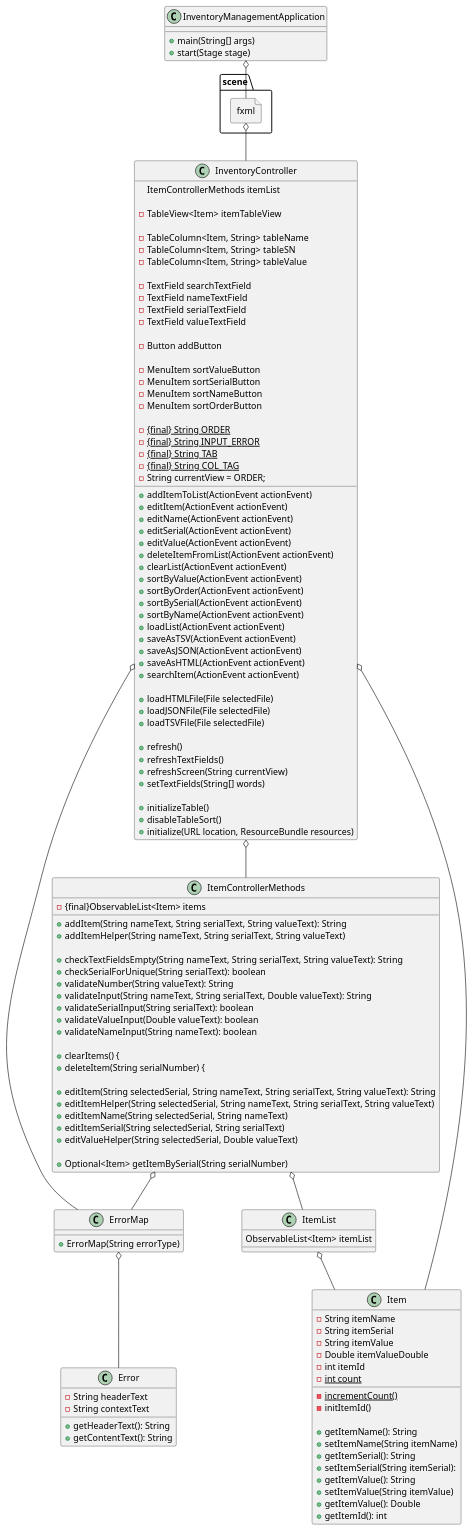
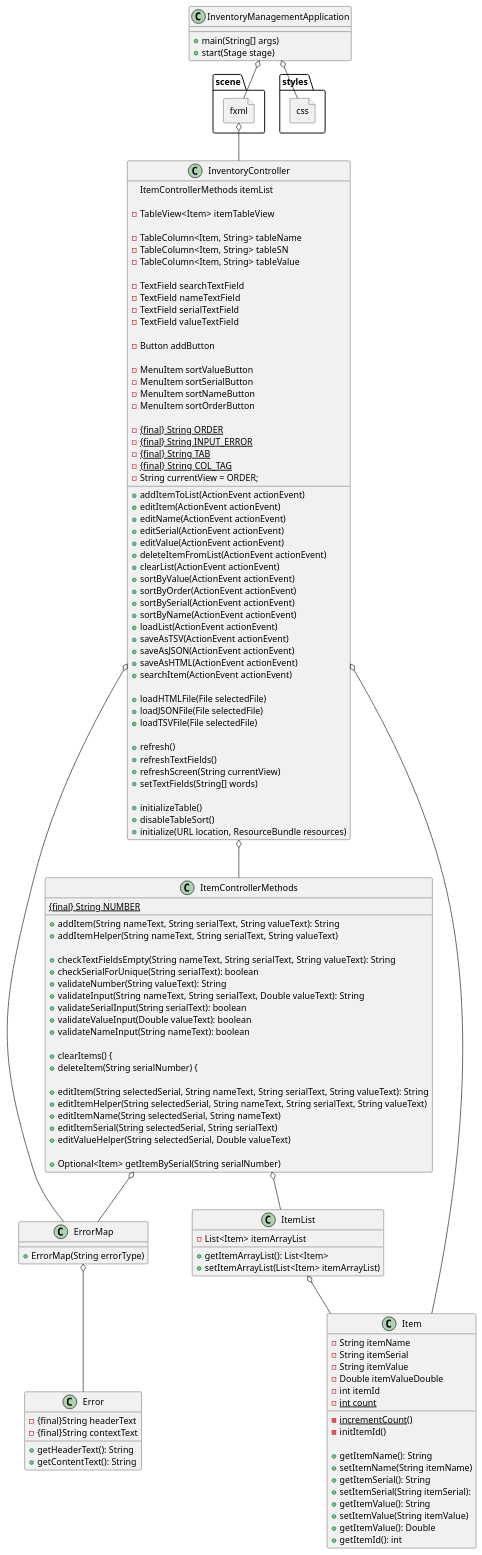
The diagram in InventoryManager/docs/main.puml (nader-fares/fares-app2), drawn with PlantUML before and after one commit. The commit also changed 10 other files, not shown here.

```diff
--- a/InventoryManager/docs/main.puml
+++ b/InventoryManager/docs/main.puml
@@ -1,141 +1,156 @@
 @startuml
 'https://plantuml.com/sequence-diagram
 
 class InventoryManagementApplication {
 +main(String[] args)
 +start(Stage stage)
 }
+
 class Error {
--String headerText
--String contextText
+-{final}String headerText
+-{final}String contextText
 +getHeaderText(): String
 +getContentText(): String
 }
 
 class ErrorMap {
 +ErrorMap(String errorType)
 }
 
 class InventoryController {
 ItemControllerMethods itemList
 
 -TableView<Item> itemTableView
 
 -TableColumn<Item, String> tableName
 -TableColumn<Item, String> tableSN
 -TableColumn<Item, String> tableValue
 
 -TextField searchTextField
 -TextField nameTextField
 -TextField serialTextField
 -TextField valueTextField
 
 -Button addButton
 
 -MenuItem sortValueButton
 -MenuItem sortSerialButton
 -MenuItem sortNameButton
 -MenuItem sortOrderButton
 
 -{static} {final} String ORDER
 -{static} {final} String INPUT_ERROR
 -{static} {final} String TAB
 -{static} {final} String COL_TAG
 -String currentView = ORDER;
 
 +addItemToList(ActionEvent actionEvent)
 +editItem(ActionEvent actionEvent)
 +editName(ActionEvent actionEvent)
 +editSerial(ActionEvent actionEvent)
 +editValue(ActionEvent actionEvent)
 +deleteItemFromList(ActionEvent actionEvent)
 +clearList(ActionEvent actionEvent)
 +sortByValue(ActionEvent actionEvent)
 +sortByOrder(ActionEvent actionEvent)
 +sortBySerial(ActionEvent actionEvent)
 +sortByName(ActionEvent actionEvent)
 +loadList(ActionEvent actionEvent)
 +saveAsTSV(ActionEvent actionEvent)
 +saveAsJSON(ActionEvent actionEvent)
 +saveAsHTML(ActionEvent actionEvent)
 +searchItem(ActionEvent actionEvent)
 
 +loadHTMLFile(File selectedFile)
 +loadJSONFile(File selectedFile)
 +loadTSVFile(File selectedFile)
 
 +refresh()
 +refreshTextFields()
 +refreshScreen(String currentView)
 +setTextFields(String[] words)
 
 +initializeTable()
 +disableTableSort()
 +initialize(URL location, ResourceBundle resources)
 
 
 }
 
 class Item {
 -String itemName
 -String itemSerial
 -String itemValue
 -Double itemValueDouble
 -int itemId
 -{static} int count
 
 -{static}incrementCount()
 -initItemId()
 
 +getItemName(): String
 +setItemName(String itemName)
 +getItemSerial(): String
 +setItemSerial(String itemSerial):
 +getItemValue(): String
 +setItemValue(String itemValue)
 +getItemValue(): Double
 +getItemId(): int
 
 }
 class ItemControllerMethods {
--{final}ObservableList<Item> items
+{static}{final} String NUMBER
+
 +addItem(String nameText, String serialText, String valueText): String
 +addItemHelper(String nameText, String serialText, String valueText)
 
 +checkTextFieldsEmpty(String nameText, String serialText, String valueText): String
 +checkSerialForUnique(String serialText): boolean
 +validateNumber(String valueText): String
 +validateInput(String nameText, String serialText, Double valueText): String
 +validateSerialInput(String serialText): boolean
 +validateValueInput(Double valueText): boolean
 +validateNameInput(String nameText): boolean
 
 +clearItems() {
 +deleteItem(String serialNumber) {
 
 +editItem(String selectedSerial, String nameText, String serialText, String valueText): String
 +editItemHelper(String selectedSerial, String nameText, String serialText, String valueText)
 +editItemName(String selectedSerial, String nameText)
 +editItemSerial(String selectedSerial, String serialText)
 +editValueHelper(String selectedSerial, Double valueText)
 
 +Optional<Item> getItemBySerial(String serialNumber)
 
 
 }
 class ItemList {
-ObservableList<Item> itemList
+-List<Item> itemArrayList
++getItemArrayList(): List<Item>
++setItemArrayList(List<Item> itemArrayList)
 }
 
 file scene.fxml {
 }
+
+file styles.css {
+}
+
+InventoryManagementApplication o-- scene.fxml
+InventoryManagementApplication o-- styles.css
+
 scene.fxml o-- InventoryController
-InventoryManagementApplication o-- scene.fxml
+
 InventoryController o-- Item
+ItemList o-- Item
+
 InventoryController o-- ErrorMap
 ItemControllerMethods o-- ErrorMap
+
 ErrorMap o-- Error
+
 InventoryController o-- ItemControllerMethods
+
 ItemControllerMethods o--ItemList
-ItemList o-- Item
 @enduml
```
